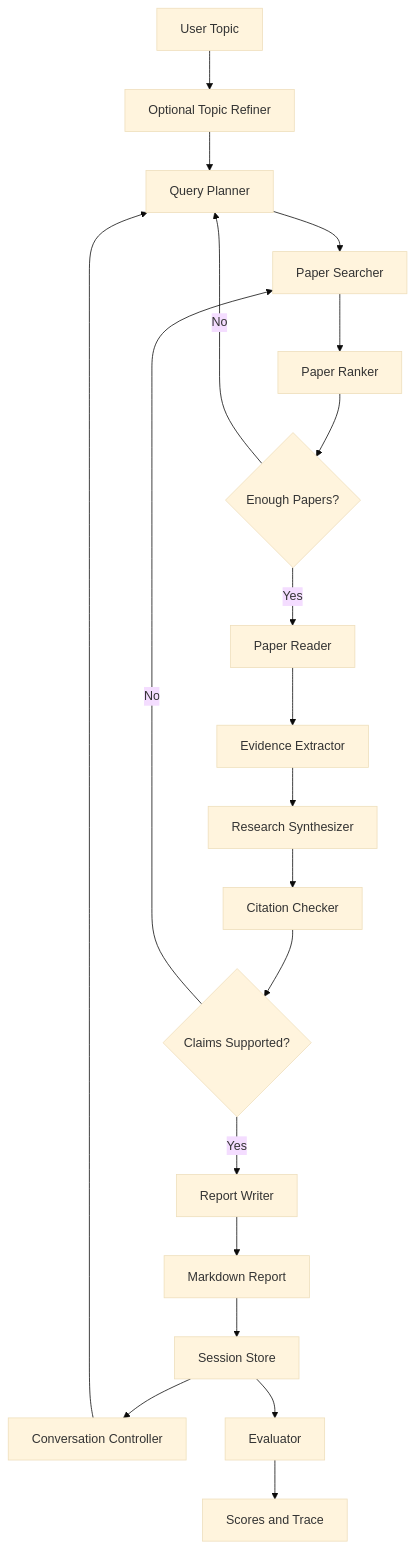
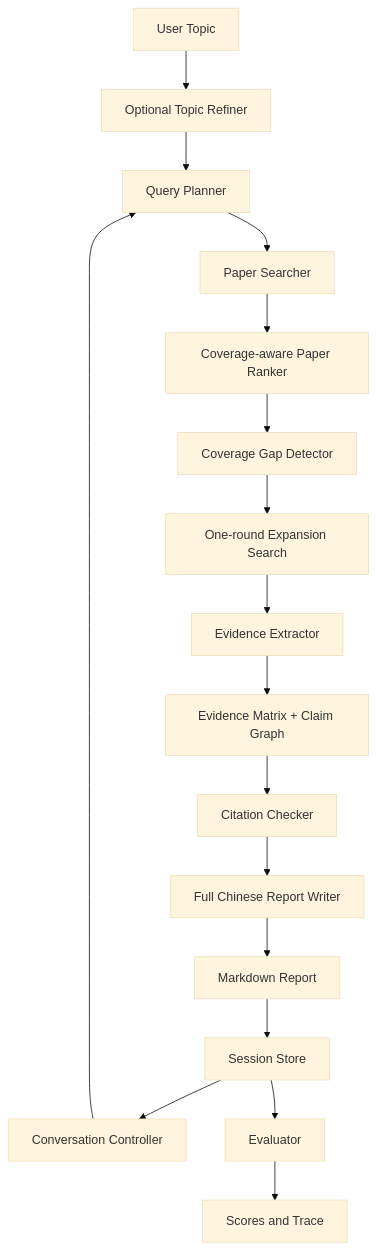
One commit to xinyizhiren/cs599-project changed the first of 2 diagrams in docs/architecture_spec.md. Above: the diagram before and after it, drawn with Mermaid (base theme). The commit also changed other lines of this file and 29 other files, not shown here.

````diff
--- a/docs/architecture_spec.md
+++ b/docs/architecture_spec.md
@@ -39,22 +39,19 @@
 ```mermaid
 flowchart TD
     A["User Topic"] --> R["Optional Topic Refiner"]
     R --> B["Query Planner"]
     B --> C["Paper Searcher"]
-    C --> D["Paper Ranker"]
-    D --> E{"Enough Papers?"}
-    E -- "No" --> B
-    E -- "Yes" --> F["Paper Reader"]
+    C --> D["Coverage-aware Paper Ranker"]
+    D --> E["Coverage Gap Detector"]
+    E --> F["One-round Expansion Search"]
     F --> G["Evidence Extractor"]
-    G --> H["Research Synthesizer"]
+    G --> H["Evidence Matrix + Claim Graph"]
     H --> I["Citation Checker"]
-    I --> J{"Claims Supported?"}
-    J -- "No" --> C
-    J -- "Yes" --> K["Report Writer"]
+    I --> K["Full Chinese Report Writer"]
     K --> L["Markdown Report"]
     L --> S["Session Store"]
     S --> Cn["Conversation Controller"]
     Cn --> B
     S --> M["Evaluator"]
     M --> N["Scores and Trace"]
 ```
````
